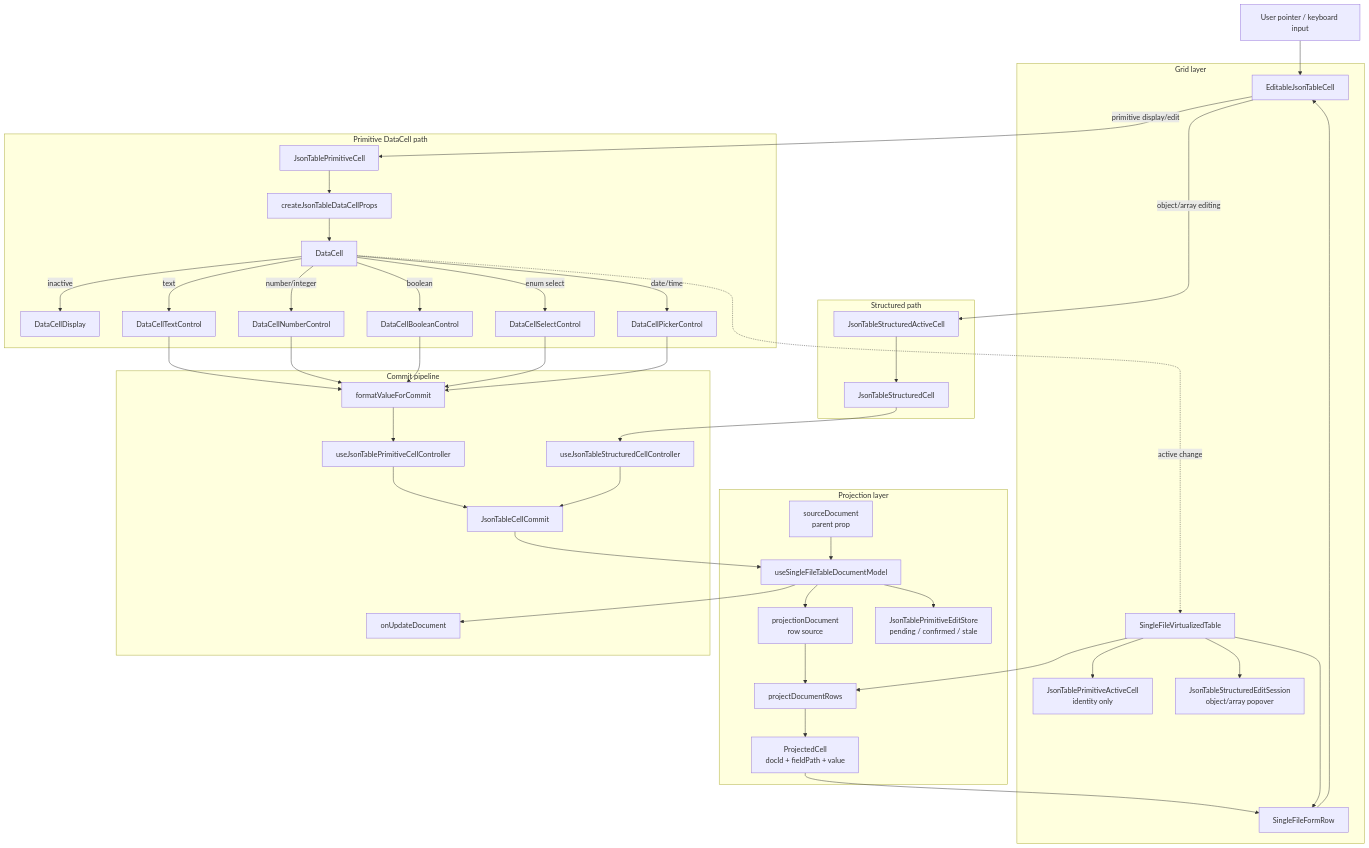
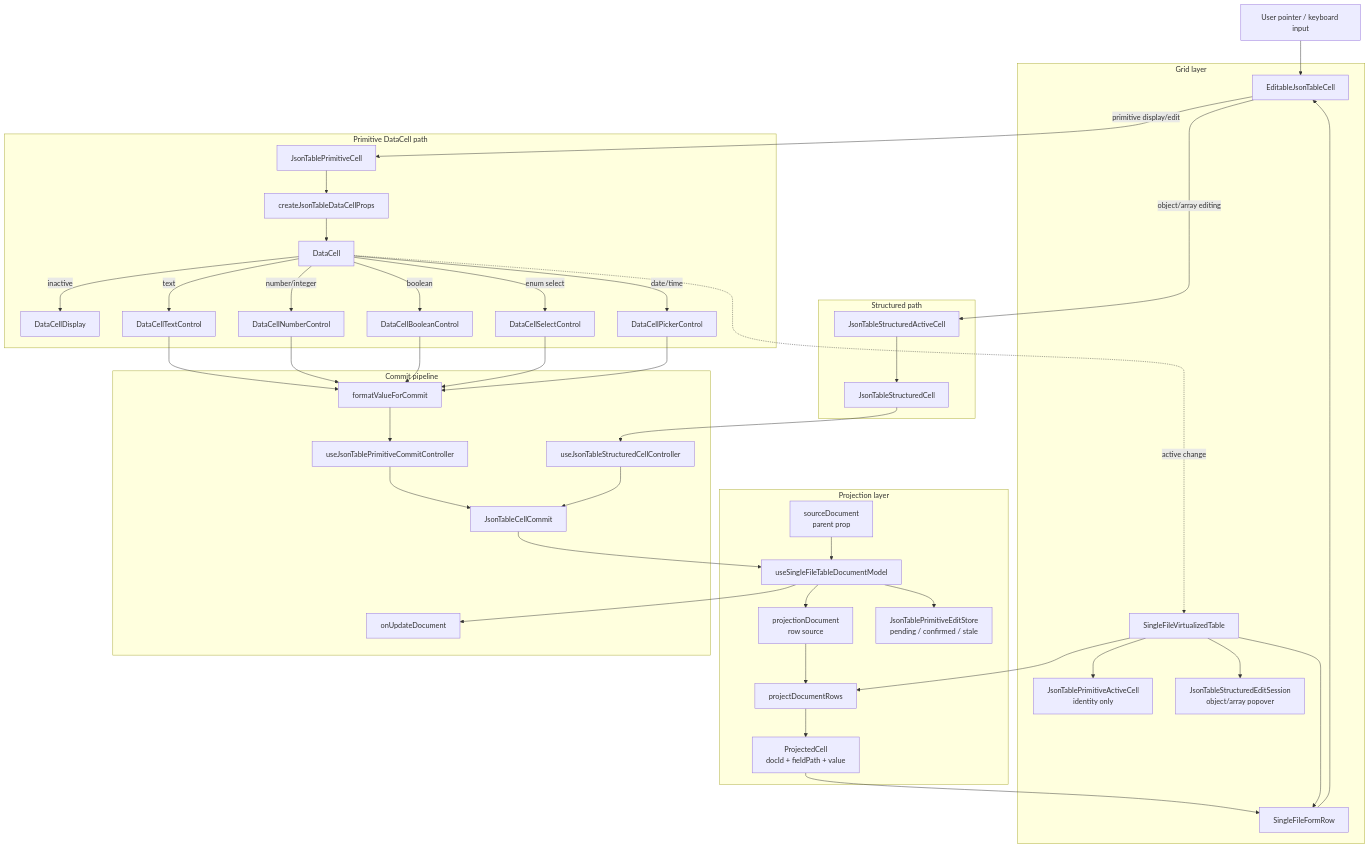
The first of 4 diagrams in components/json-table/ARCHITECTURE_DIAGRAM.md (retab-dev/retab-ui), drawn with Mermaid before and after one commit. The commit also changed 156 other files, not shown here.

````diff
--- a/components/json-table/ARCHITECTURE_DIAGRAM.md
+++ b/components/json-table/ARCHITECTURE_DIAGRAM.md
@@ -5,75 +5,75 @@
 ```mermaid
 flowchart TD
   User["User pointer / keyboard input"]
 
   subgraph Projection["Projection layer"]
     SourceDocument["sourceDocument<br/>parent prop"]
     DocumentModel["useSingleFileTableDocumentModel"]
     ProjectionDocument["projectionDocument<br/>row source"]
     PrimitiveEditStore["JsonTablePrimitiveEditStore<br/>pending / confirmed / stale"]
     ProjectRows["projectDocumentRows"]
     ProjectedCell["ProjectedCell<br/>docId + fieldPath + value"]
   end
 
   subgraph Grid["Grid layer"]
     VirtualTable["SingleFileVirtualizedTable"]
     PrimitiveActive["JsonTablePrimitiveActiveCell<br/>identity only"]
     StructuredSession["JsonTableStructuredEditSession<br/>object/array popover"]
     Row["SingleFileFormRow"]
     Cell["EditableJsonTableCell"]
   end
 
   subgraph Primitive["Primitive DataCell path"]
     PrimitiveAdapter["JsonTablePrimitiveCell"]
     PropsAdapter["createJsonTableDataCellProps"]
     DataCell["DataCell"]
     Display["DataCellDisplay"]
     Text["DataCellTextControl"]
     Number["DataCellNumberControl"]
     Boolean["DataCellBooleanControl"]
     Select["DataCellSelectControl"]
     Picker["DataCellPickerControl"]
   end
 
   subgraph Structured["Structured path"]
     ActiveStructured["JsonTableStructuredActiveCell"]
     StructuredCell["JsonTableStructuredCell"]
   end
 
   subgraph Commit["Commit pipeline"]
     Normalize["formatValueForCommit"]
-    PrimitiveController["useJsonTablePrimitiveCellController"]
+    PrimitiveController["useJsonTablePrimitiveCommitController"]
     StructuredController["useJsonTableStructuredCellController"]
     CellCommit["JsonTableCellCommit"]
     Patch["onUpdateDocument"]
   end
 
   User --> Cell
   SourceDocument --> DocumentModel --> ProjectionDocument --> ProjectRows
   DocumentModel --> PrimitiveEditStore
   ProjectRows --> ProjectedCell --> Row
   VirtualTable --> ProjectRows
   VirtualTable --> PrimitiveActive
   VirtualTable --> StructuredSession
   VirtualTable --> Row --> Cell
 
   Cell -->|primitive display/edit| PrimitiveAdapter --> PropsAdapter --> DataCell
   DataCell -. "active change" .-> VirtualTable
   DataCell -->|inactive| Display
   DataCell -->|text| Text
   DataCell -->|number/integer| Number
   DataCell -->|boolean| Boolean
   DataCell -->|enum select| Select
   DataCell -->|date/time| Picker
 
   Cell -->|object/array editing| ActiveStructured --> StructuredCell
 
   Text --> Normalize
   Number --> Normalize
   Boolean --> Normalize
   Select --> Normalize
   Picker --> Normalize
   Normalize --> PrimitiveController --> CellCommit
   StructuredCell --> StructuredController --> CellCommit
   CellCommit --> DocumentModel --> Patch
 ```
````
